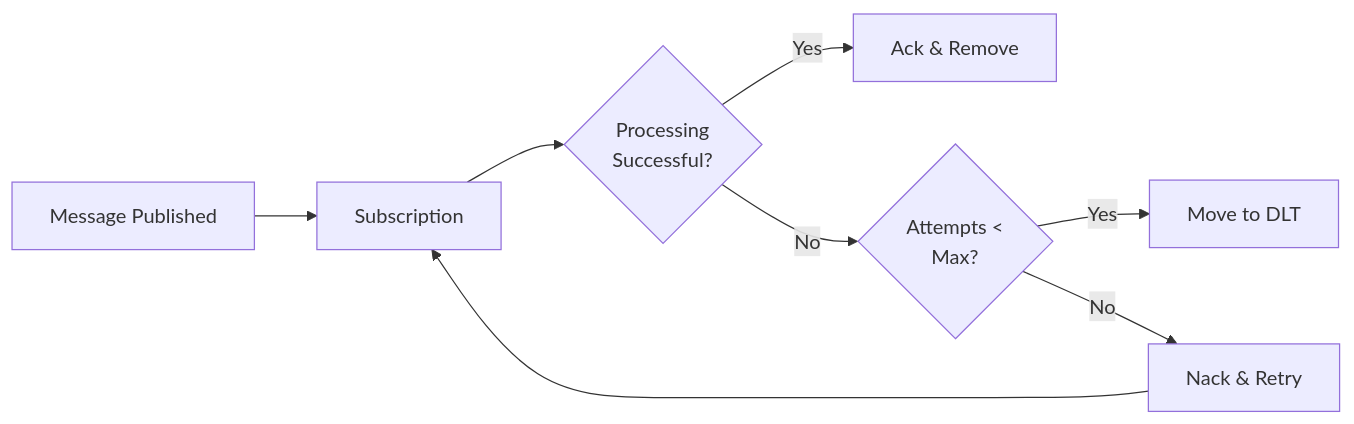
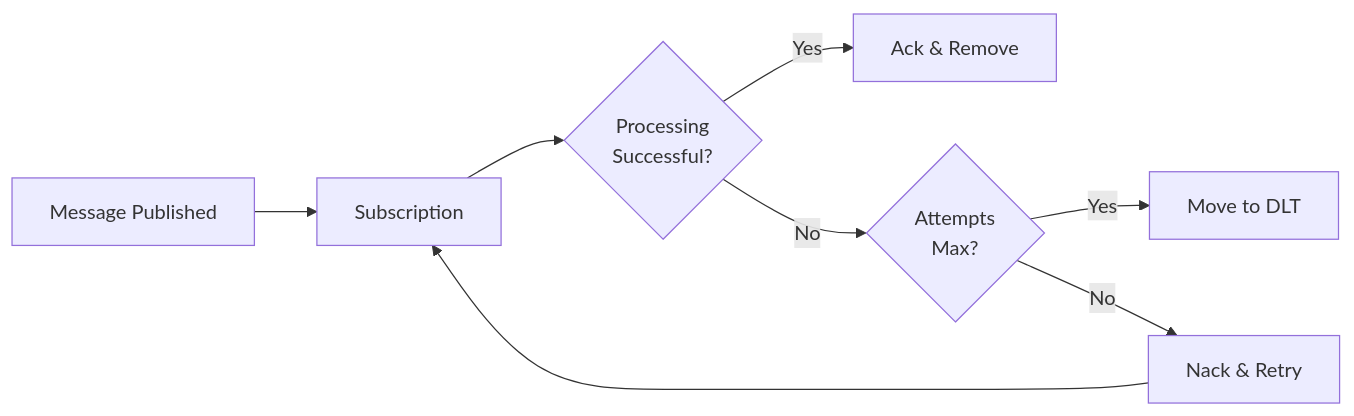
One commit to matheusvnm/fastpubsub changed the diagram in docs/markdown/advanced/dlt.md. Above: the diagram before and after it, drawn with Mermaid. The commit also changed other lines of this file and 146 other files, not shown here.

````diff
--- a/docs/markdown/advanced/dlt.md
+++ b/docs/markdown/advanced/dlt.md
@@ -20,10 +20,10 @@
 ```mermaid
 graph LR
     A[Message Published] --> B[Subscription]
     B --> C{Processing<br/>Successful?}
     C -->|Yes| D[Ack & Remove]
-    C -->|No| E{Attempts <<br/>Max?}
+    C -->|No| E{Attempts <br/>Max?}
     E -->|Yes| F[Move to DLT]
     E -->|No| G[Nack & Retry]
     G --> B
 ```
````
